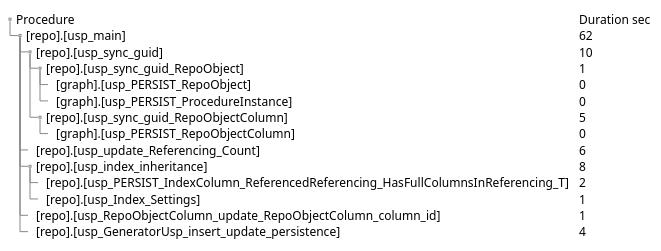
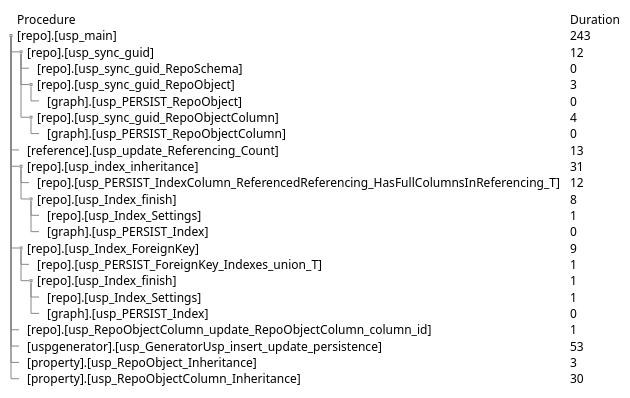
The first of 8 diagrams in docs/modules/arc/partials/06_runtime_view.adoc (DataHandwerk/dhw-antora-docs), drawn with PlantUML before and after one commit. The commit also changed other lines of this file and 19 other files, not shown here.

```diff
--- a/docs/modules/arc/partials/06_runtime_view.adoc
+++ b/docs/modules/arc/partials/06_runtime_view.adoc
@@ -31,23 +33,32 @@
-[plantuml, dhw-tree-ExecutionLog-usp_main, svg]
+[plantuml, ProcedurePumlTreeTable-ExecutionLog-usp_main, svg]
 ....
 @startsalt
 {
 {T
-Procedure  |  Duration sec
-+ [repo].[usp_main]  |  62
-++ [repo].[usp_sync_guid]  |  10
-+++ [repo].[usp_sync_guid_RepoObject]  |  1
++ Procedure  |  Duration
++ [repo].[usp_main]  |  243
+++ [repo].[usp_sync_guid]  |  12
++++ [repo].[usp_sync_guid_RepoSchema]  |  0
++++ [repo].[usp_sync_guid_RepoObject]  |  3
 ++++ [graph].[usp_PERSIST_RepoObject]  |  0
-++++ [graph].[usp_PERSIST_ProcedureInstance]  |  0
-+++ [repo].[usp_sync_guid_RepoObjectColumn]  |  5
++++ [repo].[usp_sync_guid_RepoObjectColumn]  |  4
 ++++ [graph].[usp_PERSIST_RepoObjectColumn]  |  0
-++ [repo].[usp_update_Referencing_Count]  |  6
-++ [repo].[usp_index_inheritance]  |  8
-+++ [repo].[usp_PERSIST_IndexColumn_ReferencedReferencing_HasFullColumnsInReferencing_T]  |  2
-+++ [repo].[usp_Index_Settings]  |  1
+++ [reference].[usp_update_Referencing_Count]  |  13
+++ [repo].[usp_index_inheritance]  |  31
++++ [repo].[usp_PERSIST_IndexColumn_ReferencedReferencing_HasFullColumnsInReferencing_T]  |  12
++++ [repo].[usp_Index_finish]  |  8
+++++ [repo].[usp_Index_Settings]  |  1
+++++ [graph].[usp_PERSIST_Index]  |  0
+++ [repo].[usp_Index_ForeignKey]  |  9
++++ [repo].[usp_PERSIST_ForeignKey_Indexes_union_T]  |  1
++++ [repo].[usp_Index_finish]  |  1
+++++ [repo].[usp_Index_Settings]  |  1
+++++ [graph].[usp_PERSIST_Index]  |  0
 ++ [repo].[usp_RepoObjectColumn_update_RepoObjectColumn_column_id]  |  1
-++ [repo].[usp_GeneratorUsp_insert_update_persistence]  |  4
+++ [uspgenerator].[usp_GeneratorUsp_insert_update_persistence]  |  53
+++ [property].[usp_RepoObject_Inheritance]  |  3
+++ [property].[usp_RepoObjectColumn_Inheritance]  |  30
 }
 }
 @endsalt
 ....
```
